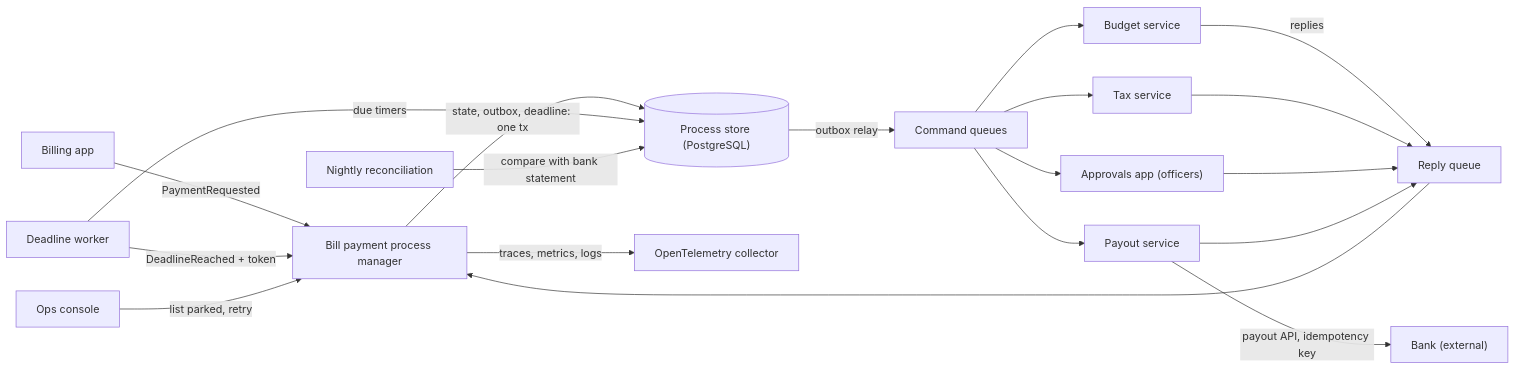
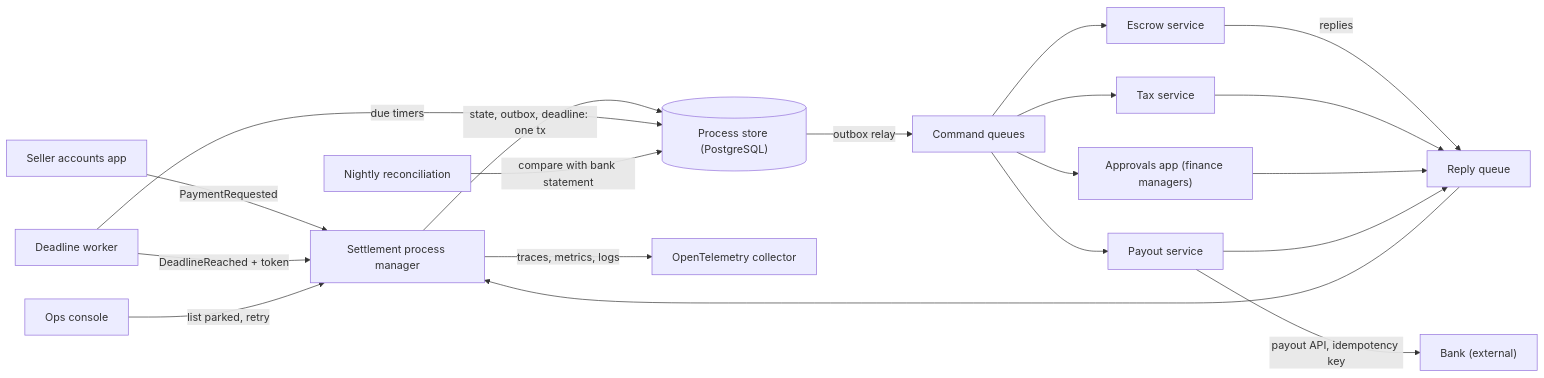
The first of 4 diagrams in content/lessons/m16/m16-saga-orchestration-choreography.md (rizwi0786/system-design-lab), drawn with Mermaid before and after one commit. The commit also changed other lines of this file and 334 other files, not shown here.

````diff
--- a/content/lessons/m16/m16-saga-orchestration-choreography.md
+++ b/content/lessons/m16/m16-saga-orchestration-choreography.md
@@ -194,21 +194,21 @@
 ```mermaid
 flowchart LR
-    BILL["Billing app"] -->|"PaymentRequested"| PM["Bill payment process manager"]
+    BILL["Seller accounts app"] -->|"PaymentRequested"| PM["Settlement process manager"]
     PM -->|"state, outbox, deadline: one tx"| PDB[("Process store (PostgreSQL)")]
     PDB -->|"outbox relay"| CQ["Command queues"]
-    CQ --> BUD["Budget service"]
+    CQ --> BUD["Escrow service"]
     CQ --> TAX["Tax service"]
-    CQ --> APR["Approvals app (officers)"]
+    CQ --> APR["Approvals app (finance managers)"]
     CQ --> PAY["Payout service"]
     PAY -->|"payout API, idempotency key"| BANK["Bank (external)"]
     BUD -->|"replies"| RQ["Reply queue"]
     TAX --> RQ
     APR --> RQ
     PAY --> RQ
     RQ --> PM
     TW["Deadline worker"] -->|"DeadlineReached + token"| PM
     TW -->|"due timers"| PDB
     PM -->|"traces, metrics, logs"| OT["OpenTelemetry collector"]
     OPS["Ops console"] -->|"list parked, retry"| PM
     REC["Nightly reconciliation"] -->|"compare with bank statement"| PDB
 ```
````
